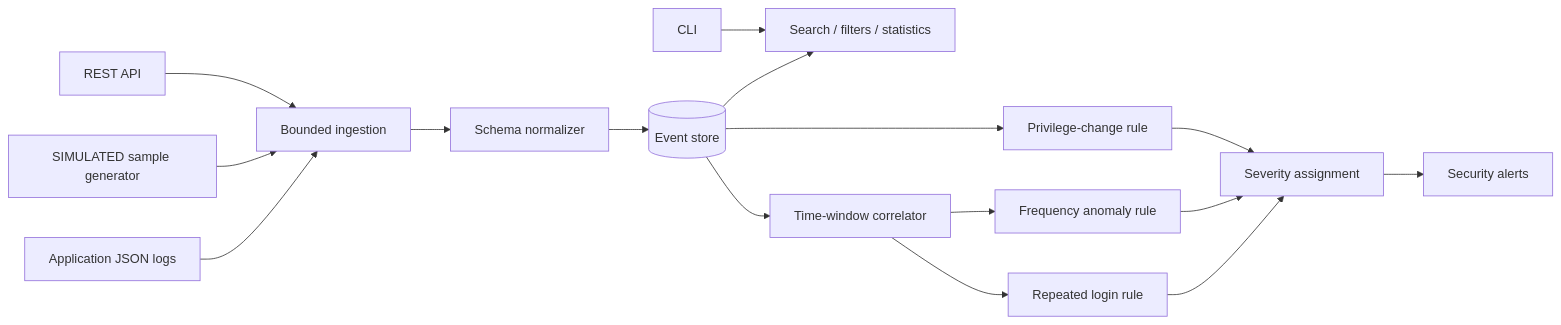
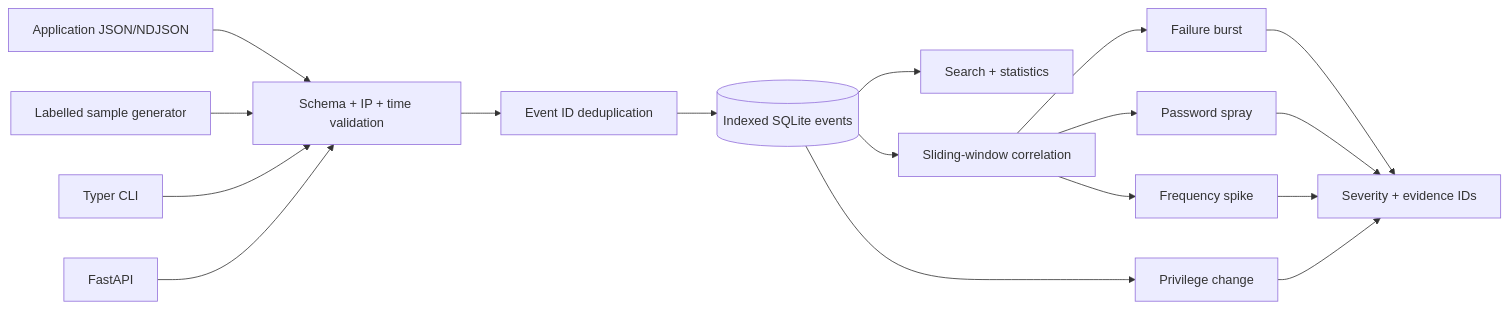
The diagram in README.md (munashekwarai/logsentry), drawn with Mermaid before and after one commit. The commit also changed other lines of this file and 22 other files, not shown here.

Commit message:
feat: implement defensive correlation and evidence search

````diff
--- a/README.md
+++ b/README.md
@@ -21,16 +29,16 @@
 ```mermaid
 flowchart LR
-  Apps[Application JSON logs] --> Ingest[Bounded ingestion]
-  Generator[SIMULATED sample generator] --> Ingest
-  Ingest --> Normalize[Schema normalizer]
-  Normalize --> Events[(Event store)]
-  Events --> Search[Search / filters / statistics]
-  Events --> Window[Time-window correlator]
-  Window --> Auth[Repeated login rule]
-  Window --> Volume[Frequency anomaly rule]
-  Events --> Privilege[Privilege-change rule]
-  Auth & Volume & Privilege --> Severity[Severity assignment]
-  Severity --> Alerts[Security alerts]
-  CLI[CLI] --> Search
-  API[REST API] --> Ingest
+ Apps[Application JSON/NDJSON] --> Normalize[Schema + IP + time validation]
+ Generator[Labelled sample generator] --> Normalize
+ Normalize --> Dedup[Event ID deduplication]
+ Dedup --> Store[(Indexed SQLite events)]
+ Store --> Search[Search + statistics]
+ Store --> Window[Sliding-window correlation]
+ Window --> Auth[Failure burst]
+ Window --> Spray[Password spray]
+ Window --> Volume[Frequency spike]
+ Store --> Privilege[Privilege change]
+ Auth & Spray & Volume & Privilege --> Alerts[Severity + evidence IDs]
+ CLI[Typer CLI] --> Normalize
+ API[FastAPI] --> Normalize
 ```
````
